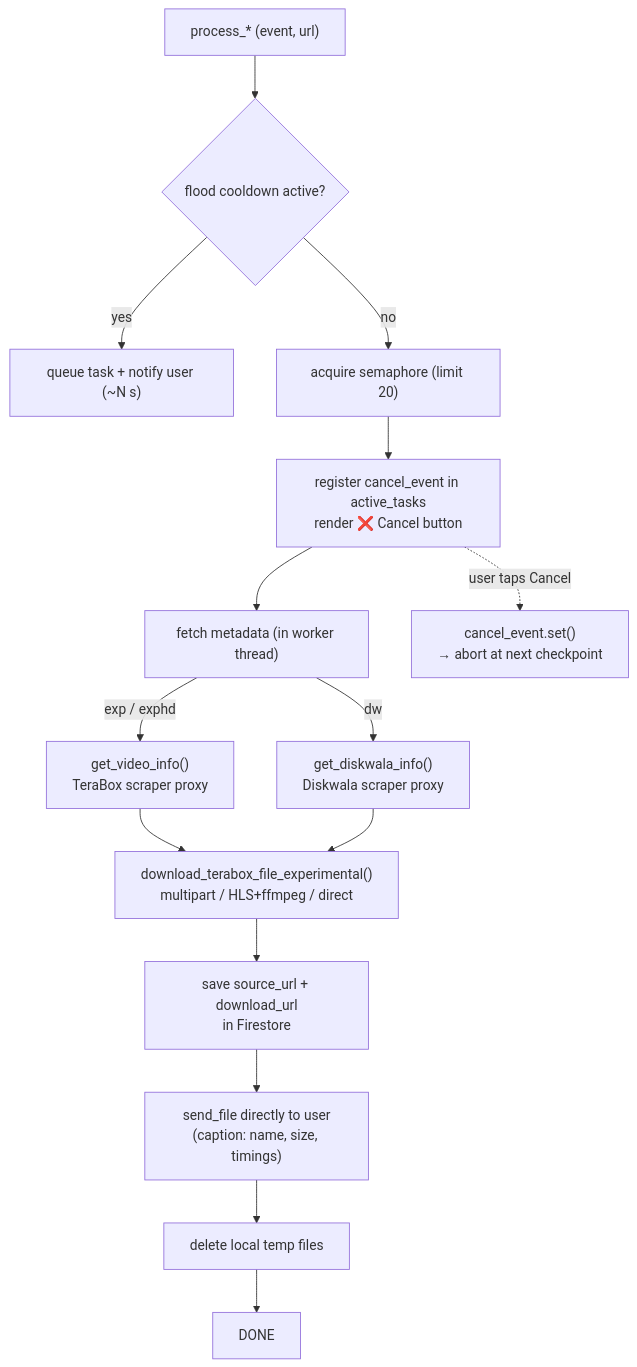
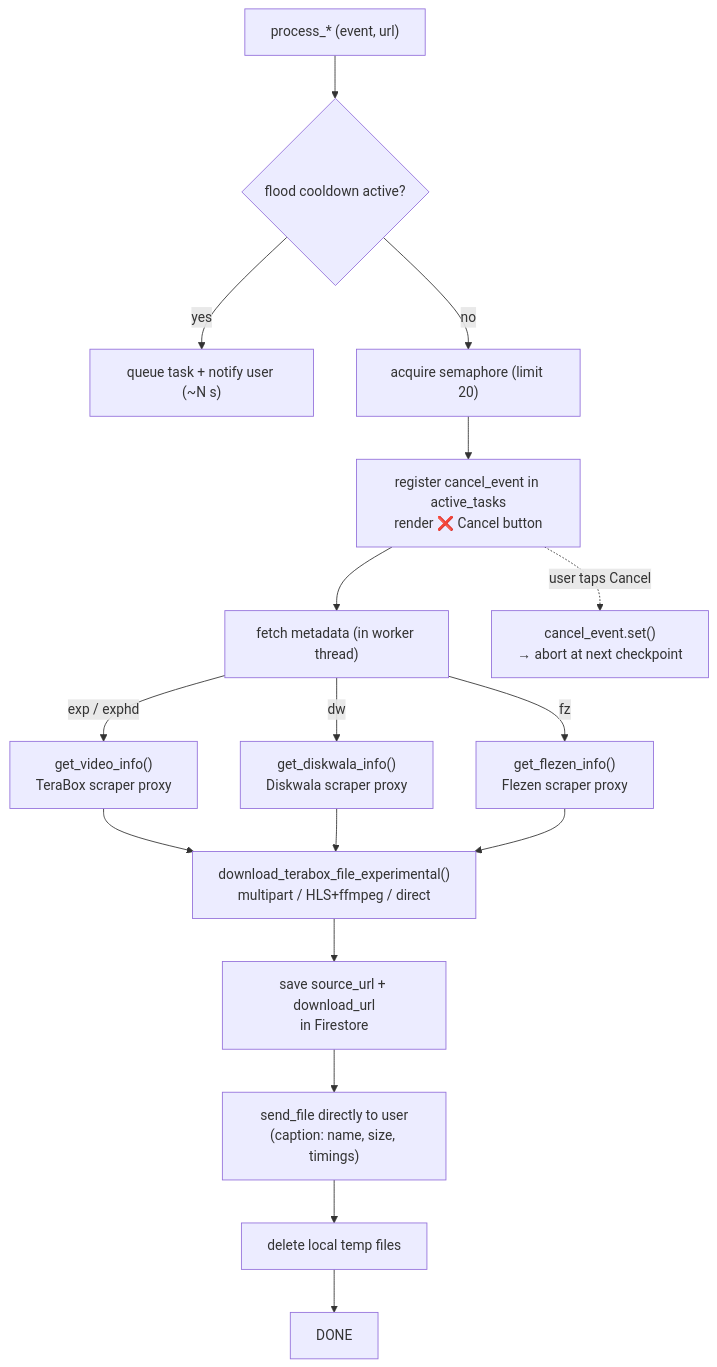
Before and after one commit to rishi058/TeraBox-Video-Downloader: the third of 3 diagrams in README.md, drawn with Mermaid. The commit also changed other lines of this file and 13 other files, not shown here.

````diff
--- a/README.md
+++ b/README.md
@@ -92,21 +100,23 @@
 ```mermaid
 flowchart TD
     IN["process_* (event, url)"] --> FL{"flood cooldown active?"}
     FL -->|"yes"| QN["queue task + notify user (~N s)"]
     FL -->|"no"| SEM["acquire semaphore (limit 20)"]
 
     SEM --> REG["register cancel_event in active_tasks<br/>render ❌ Cancel button"]
     REG --> META["fetch metadata (in worker thread)"]
 
     META -->|"exp / exphd"| M1["get_video_info()<br/>TeraBox scraper proxy"]
     META -->|"dw"| M2["get_diskwala_info()<br/>Diskwala scraper proxy"]
+    META -->|"fz"| M3["get_flezen_info()<br/>Flezen scraper proxy"]
 
     M1 --> DL["download_terabox_file_experimental()<br/>multipart / HLS+ffmpeg / direct"]
     M2 --> DL
+    M3 --> DL
 
     DL --> DB["save source_url + download_url<br/>in Firestore"]
     DB --> SEND["send_file directly to user<br/>(caption: name, size, timings)"]
     SEND --> CLEAN["delete local temp files"] --> DONE
 
     REG -.->|"user taps Cancel"| CX["cancel_event.set()<br/>→ abort at next checkpoint"]
 ```
````
